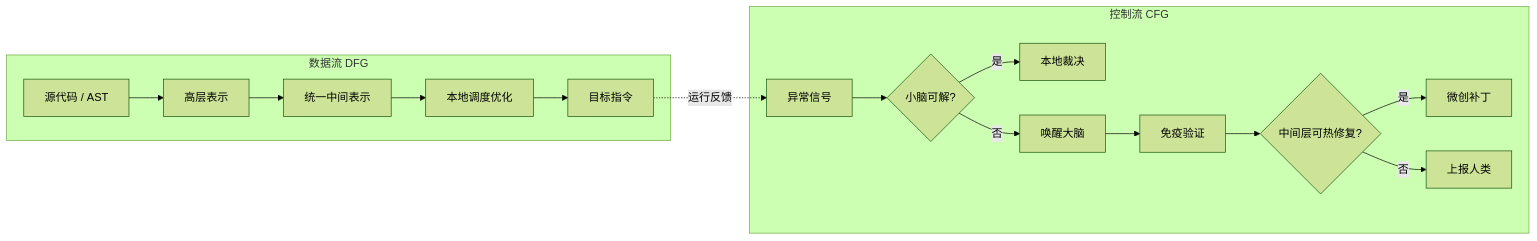
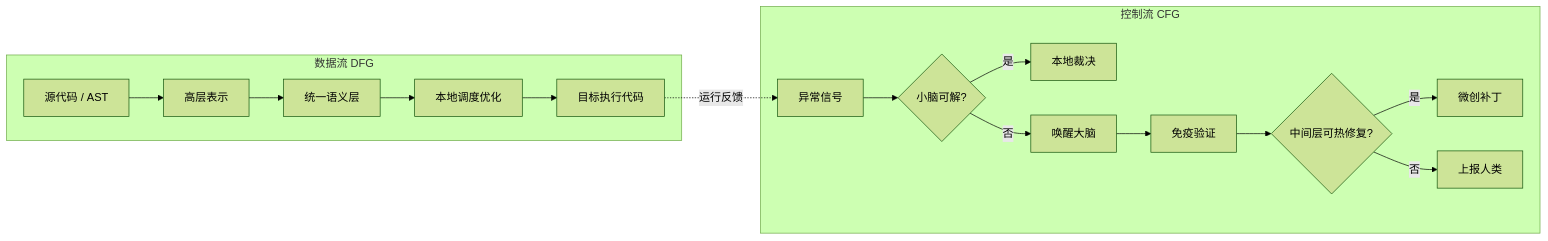
Before and after one commit to pony-029/malabc: the second of 13 diagrams in aistandard/ANE规范-AI原生软件生命体工程范式.md, drawn with Mermaid (forest theme). The commit also changed other lines of this file and 1 other file, not shown here.

````diff
--- a/aistandard/ANE规范-AI原生软件生命体工程范式.md
+++ b/aistandard/ANE规范-AI原生软件生命体工程范式.md
@@ -214,16 +294,16 @@
 ```mermaid
 flowchart LR
     subgraph DF["数据流 DFG"]
-        A[源代码 / AST] --> B[高层表示] --> C[统一中间表示] --> D[本地调度优化] --> E[目标指令]
+        A[源代码 / AST] --> B[高层表示] --> C[统一语义层] --> D[本地调度优化] --> E[目标执行代码]
     end
     subgraph CF["控制流 CFG"]
         F[异常信号] --> G{小脑可解?}
         G -->|是| H[本地裁决]
         G -->|否| I[唤醒大脑]
         I --> J[免疫验证]
         J --> K{中间层可热修复?}
         K -->|是| L[微创补丁]
         K -->|否| M[上报人类]
     end
     E -.运行反馈.-> F
 ```
````
